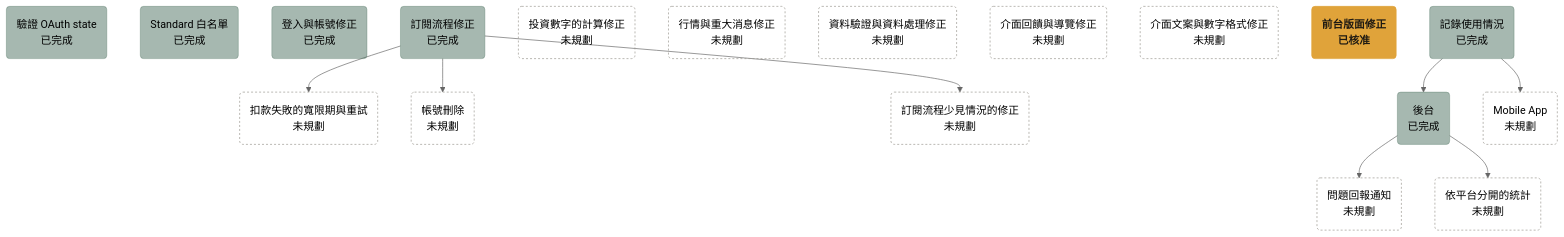
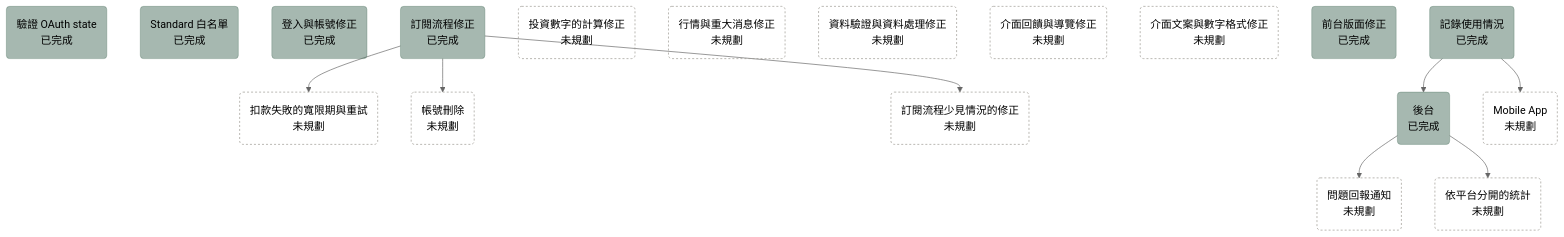
The diagram in docs/plans/roadmap.md (bingyangchen/taigu), drawn with Mermaid (neutral theme) before and after one commit. The commit also changed other lines of this file and 15 other files, not shown here.

````diff
--- a/docs/plans/roadmap.md
+++ b/docs/plans/roadmap.md
@@ -7,31 +7,31 @@
 ```mermaid
 flowchart TD
   oauth_state_check("驗證 OAuth state<br/>已完成"):::done
   standard_whitelist("Standard 白名單<br/>已完成"):::done
   login_account_fixes("登入與帳號修正<br/>已完成"):::done
   billing_fixes("訂閱流程修正<br/>已完成"):::done
   renewal_retry("扣款失敗的寬限期與重試<br/>未規劃"):::unplanned
   account_deletion("帳號刪除<br/>未規劃"):::unplanned
   billing_edge_case_fixes("訂閱流程少見情況的修正<br/>未規劃"):::unplanned
   calculation_fixes("投資數字的計算修正<br/>未規劃"):::unplanned
   market_data_fixes("行情與重大消息修正<br/>未規劃"):::unplanned
   data_fixes("資料驗證與資料處理修正<br/>未規劃"):::unplanned
   ui_feedback_fixes("介面回饋與導覽修正<br/>未規劃"):::unplanned
   copy_fixes("介面文案與數字格式修正<br/>未規劃"):::unplanned
-  frontend_layout_fixes("前台版面修正<br/>已核准"):::approved
+  frontend_layout_fixes("前台版面修正<br/>已完成"):::done
   usage_recording("記錄使用情況<br/>已完成"):::done
   admin_console("後台<br/>已完成"):::done
   issue_report_notification("問題回報通知<br/>未規劃"):::unplanned
   per_platform_stats("依平台分開的統計<br/>未規劃"):::unplanned
   mobile_app("Mobile App<br/>未規劃"):::unplanned
   usage_recording --> admin_console
   usage_recording --> mobile_app
   admin_console --> issue_report_notification
   admin_console --> per_platform_stats
   billing_fixes --> renewal_retry
   billing_fixes --> account_deletion
   billing_fixes --> billing_edge_case_fixes
   classDef done fill:#4f726280,stroke:#4f726280
   classDef approved fill:#e0a33a,stroke:#e0a33a,color:#1f1a12,font-weight:bold
   classDef unplanned fill:none,stroke:#9a978f,stroke-dasharray:3 3
 ```
````
